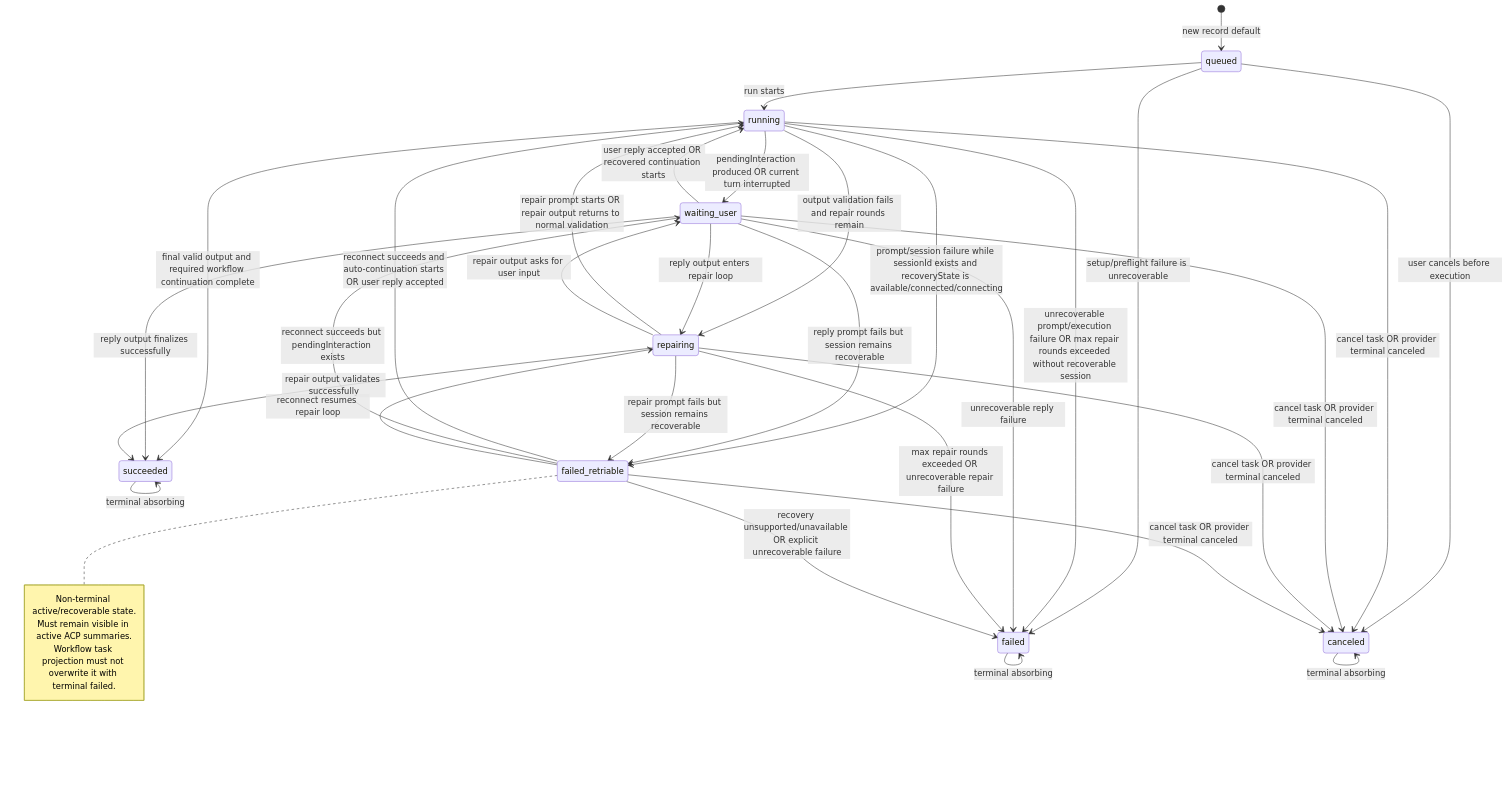
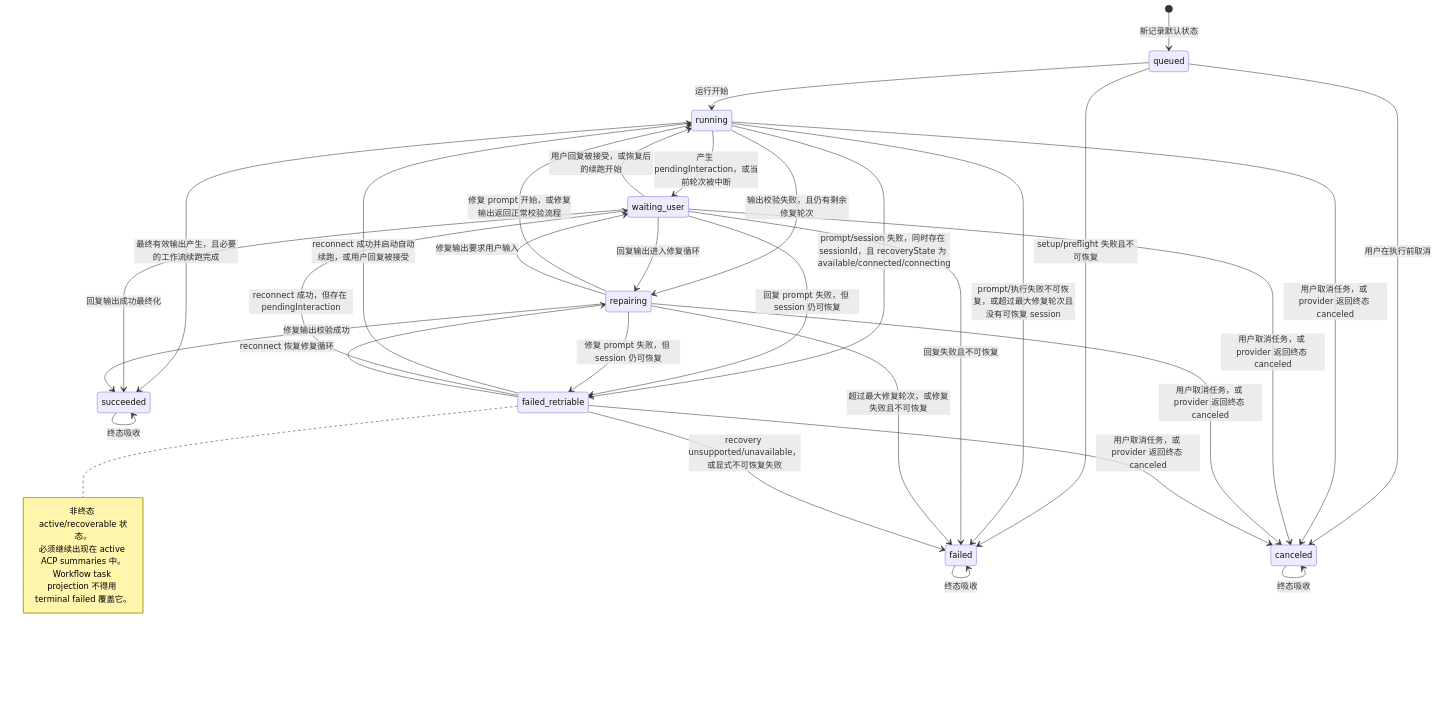
Before and after one commit to leike0813/zotero-agents: the third of 3 diagrams in artifact/acp-skills-state-machine-comparison.md, drawn with Mermaid. The commit also changed other lines of this file and 102 other files, not shown here.

````diff
--- a/artifact/acp-skills-state-machine-comparison.md
+++ b/artifact/acp-skills-state-machine-comparison.md
@@ -107,45 +108,45 @@
 ```mermaid
 stateDiagram-v2
-  [*] --> queued: new record default
+  [*] --> queued: 新记录默认状态
 
-  queued --> running: run starts
-  queued --> failed: setup/preflight failure is unrecoverable
-  queued --> canceled: user cancels before execution
+  queued --> running: 运行开始
+  queued --> failed: setup/preflight 失败且不可恢复
+  queued --> canceled: 用户在执行前取消
 
-  running --> waiting_user: pendingInteraction produced OR current turn interrupted
-  running --> repairing: output validation fails and repair rounds remain
-  running --> failed_retriable: prompt/session failure while sessionId exists and recoveryState is available/connected/connecting
-  running --> succeeded: final valid output and required workflow continuation complete
-  running --> failed: unrecoverable prompt/execution failure OR max repair rounds exceeded without recoverable session
-  running --> canceled: cancel task OR provider terminal canceled
+  running --> waiting_user: 产生 pendingInteraction，或当前轮次被中断
+  running --> repairing: 输出校验失败，且仍有剩余修复轮次
+  running --> failed_retriable: prompt/session 失败，同时存在 sessionId，且 recoveryState 为 available/connected/connecting
+  running --> succeeded: 最终有效输出产生，且必要的工作流续跑完成
+  running --> failed: prompt/执行失败不可恢复，或超过最大修复轮次且没有可恢复 session
+  running --> canceled: 用户取消任务，或 provider 返回终态 canceled
 
-  waiting_user --> running: user reply accepted OR recovered continuation starts
-  waiting_user --> repairing: reply output enters repair loop
-  waiting_user --> failed_retriable: reply prompt fails but session remains recoverable
-  waiting_user --> succeeded: reply output finalizes successfully
-  waiting_user --> failed: unrecoverable reply failure
-  waiting_user --> canceled: cancel task OR provider terminal canceled
+  waiting_user --> running: 用户回复被接受，或恢复后的续跑开始
+  waiting_user --> repairing: 回复输出进入修复循环
+  waiting_user --> failed_retriable: 回复 prompt 失败，但 session 仍可恢复
+  waiting_user --> succeeded: 回复输出成功最终化
+  waiting_user --> failed: 回复失败且不可恢复
+  waiting_user --> canceled: 用户取消任务，或 provider 返回终态 canceled
 
-  repairing --> running: repair prompt starts OR repair output returns to normal validation
-  repairing --> waiting_user: repair output asks for user input
-  repairing --> failed_retriable: repair prompt fails but session remains recoverable
-  repairing --> succeeded: repair output validates successfully
-  repairing --> failed: max repair rounds exceeded OR unrecoverable repair failure
-  repairing --> canceled: cancel task OR provider terminal canceled
+  repairing --> running: 修复 prompt 开始，或修复输出返回正常校验流程
+  repairing --> waiting_user: 修复输出要求用户输入
+  repairing --> failed_retriable: 修复 prompt 失败，但 session 仍可恢复
+  repairing --> succeeded: 修复输出校验成功
+  repairing --> failed: 超过最大修复轮次，或修复失败且不可恢复
+  repairing --> canceled: 用户取消任务，或 provider 返回终态 canceled
 
-  failed_retriable --> running: reconnect succeeds and auto-continuation starts OR user reply accepted
-  failed_retriable --> waiting_user: reconnect succeeds but pendingInteraction exists
-  failed_retriable --> repairing: reconnect resumes repair loop
-  failed_retriable --> failed: recovery unsupported/unavailable OR explicit unrecoverable failure
-  failed_retriable --> canceled: cancel task OR provider terminal canceled
+  failed_retriable --> running: reconnect 成功并启动自动续跑，或用户回复被接受
+  failed_retriable --> waiting_user: reconnect 成功，但存在 pendingInteraction
+  failed_retriable --> repairing: reconnect 恢复修复循环
+  failed_retriable --> failed: recovery unsupported/unavailable，或显式不可恢复失败
+  failed_retriable --> canceled: 用户取消任务，或 provider 返回终态 canceled
 
-  succeeded --> succeeded: terminal absorbing
-  failed --> failed: terminal absorbing
-  canceled --> canceled: terminal absorbing
+  succeeded --> succeeded: 终态吸收
+  failed --> failed: 终态吸收
+  canceled --> canceled: 终态吸收
 
   note right of failed_retriable
-    Non-terminal active/recoverable state.
-    Must remain visible in active ACP summaries.
-    Workflow task projection must not overwrite it with terminal failed.
+    非终态 active/recoverable 状态。
+    必须继续出现在 active ACP summaries 中。
+    Workflow task projection 不得用 terminal failed 覆盖它。
   end note
 ```
````
